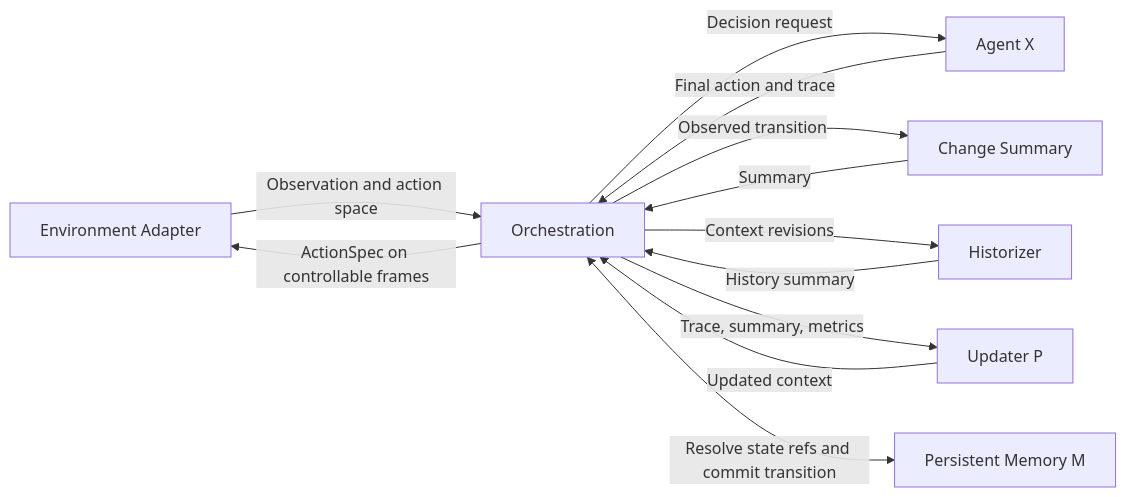
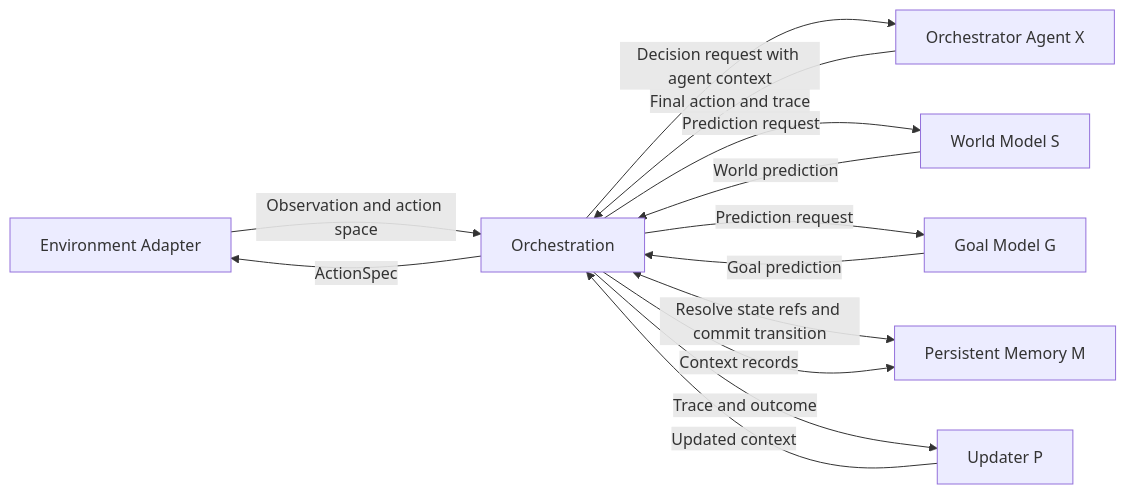
One commit to cocomette/artificial-agency changed the first of 2 diagrams in doc/architecture/software/orchestration/diagrams.md. Above: the diagram before and after it, drawn with Mermaid. The commit also changed other lines of this file and 253 other files, not shown here.

````diff
--- a/doc/architecture/software/orchestration/diagrams.md
+++ b/doc/architecture/software/orchestration/diagrams.md
@@ -5,14 +5,15 @@
 ```mermaid
 flowchart LR
     Env["Environment Adapter"] -->|Observation and action space| Orch["Orchestration"]
-    Orch -->|Decision request| X["Agent X"]
+    Orch -->|Decision request with agent context| X["Orchestrator Agent X"]
     X -->|Final action and trace| Orch
-    Orch -->|ActionSpec on controllable frames| Env
-    Orch -->|Observed transition| Change["Change Summary"]
-    Change -->|Summary| Orch
-    Orch -->|Context revisions| Hist["Historizer"]
-    Hist -->|History summary| Orch
-    Orch -->|Trace, summary, metrics| P["Updater P"]
+    Orch -->|Prediction request| S["World Model S"]
+    S -->|World prediction| Orch
+    Orch -->|Prediction request| G["Goal Model G"]
+    G -->|Goal prediction| Orch
+    Orch -->|ActionSpec| Env
+    Orch <-->|Resolve state refs and commit transition| M["Persistent Memory M"]
+    Orch -->|Trace and outcome| P["Updater P"]
     P -->|Updated context| Orch
-    Orch <-->|Resolve state refs and commit transition| M["Persistent Memory M"]
+    Orch -->|Context records| M
 ```
````
